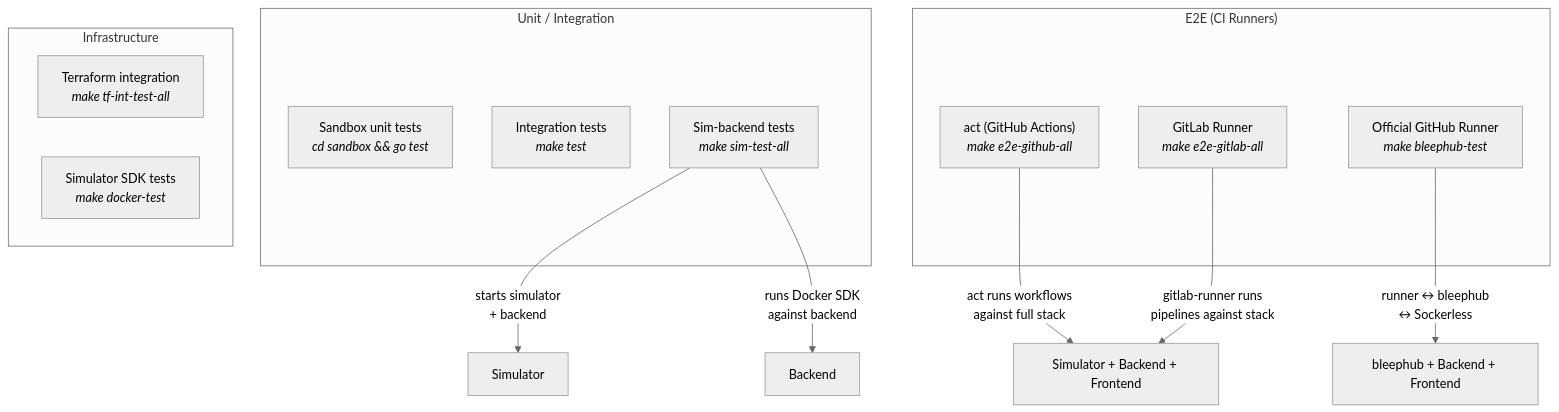
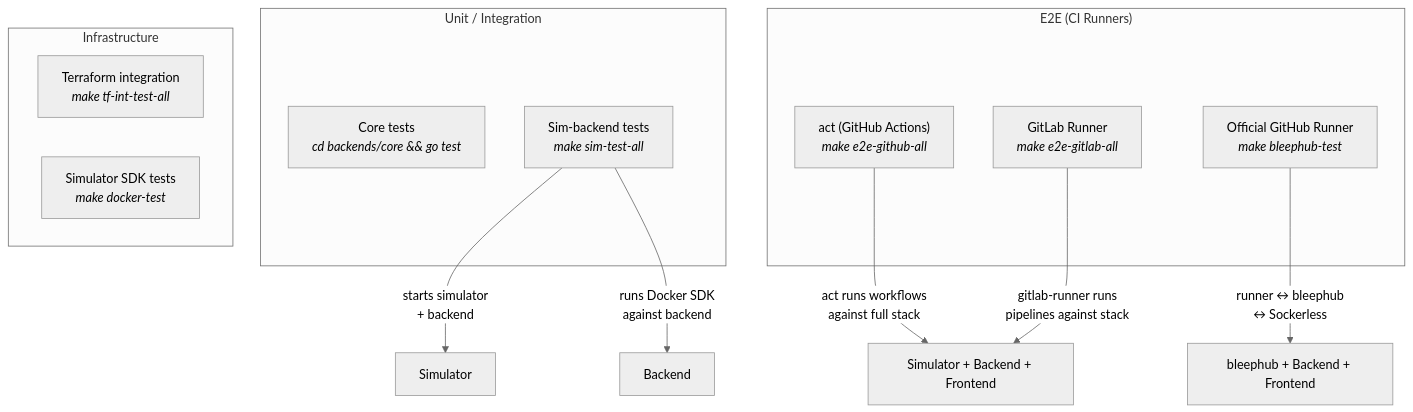
One commit to e6qu/sockerless changed diagram 13 of 13 in ARCHITECTURE.md. Above: the diagram before and after it, drawn with Mermaid (neutral theme). The commit also changed other lines of this file and 9 other files, not shown here.

````diff
--- a/ARCHITECTURE.md
+++ b/ARCHITECTURE.md
@@ -564,25 +514,24 @@
 ```mermaid
 graph TB
     subgraph "Unit / Integration"
-        UT["Sandbox unit tests<br/><i>cd sandbox && go test</i>"]
-        IT["Integration tests<br/><i>make test</i>"]
+        IT["Core tests<br/><i>cd backends/core && go test</i>"]
         ST["Sim-backend tests<br/><i>make sim-test-all</i>"]
     end
 
     subgraph "E2E (CI Runners)"
         GH["act (GitHub Actions)<br/><i>make e2e-github-all</i>"]
         GL["GitLab Runner<br/><i>make e2e-gitlab-all</i>"]
         BPH["Official GitHub Runner<br/><i>make bleephub-test</i>"]
     end
 
     subgraph "Infrastructure"
         TF["Terraform integration<br/><i>make tf-int-test-all</i>"]
         SDK3["Simulator SDK tests<br/><i>make docker-test</i>"]
     end
 
     ST -->|"starts simulator<br/>+ backend"| SIM3["Simulator"]
     ST -->|"runs Docker SDK<br/>against backend"| BE3["Backend"]
     GH -->|"act runs workflows<br/>against full stack"| STACK["Simulator + Backend + Frontend"]
     GL -->|"gitlab-runner runs<br/>pipelines against stack"| STACK
     BPH -->|"runner ↔ bleephub<br/>↔ Sockerless"| BSTACK["bleephub + Backend + Frontend"]
 ```
````
